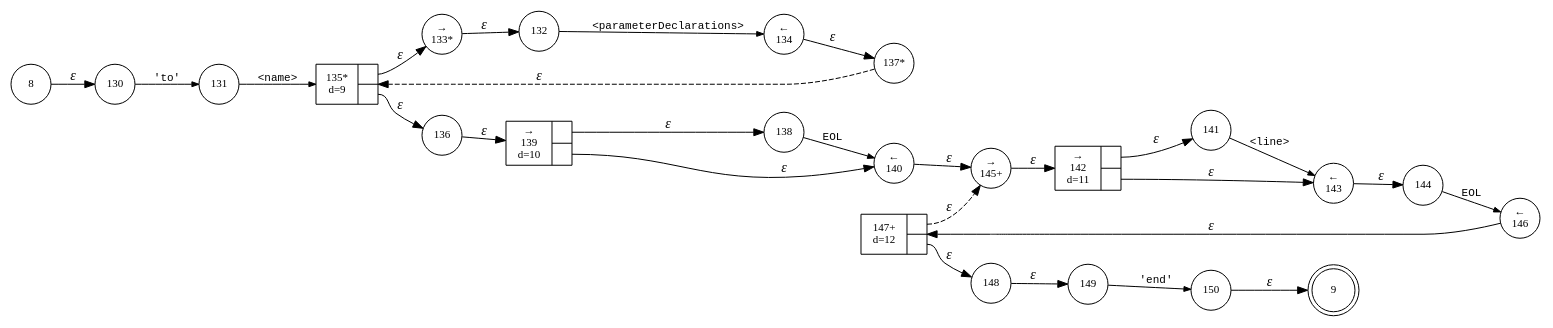
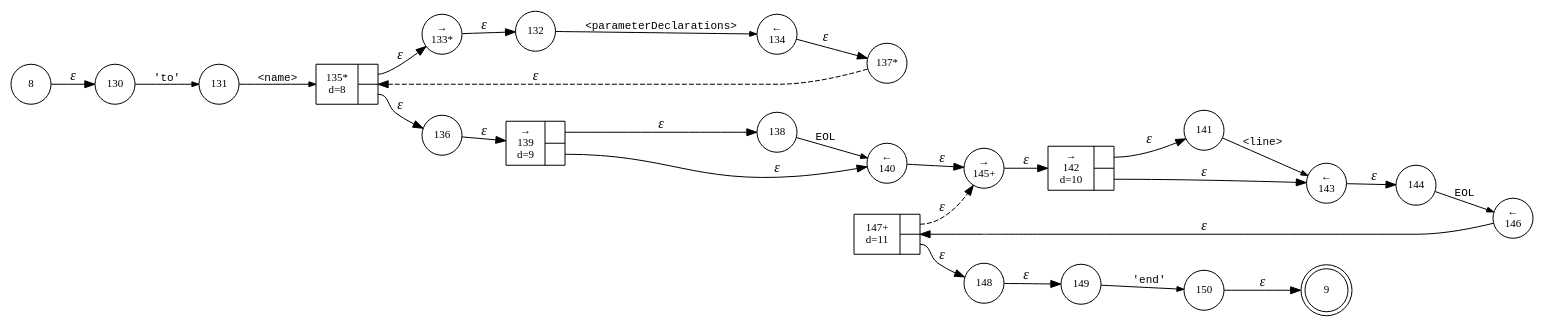
Before and after one commit to Shinigami072/Compilers-LogoInterpreter: the diagram in interpreter/logo/logo.procedureDeclaration.dot, drawn with Graphviz. The commit also changed 20 other files, not shown here.

```diff
--- a/interpreter/logo/logo.procedureDeclaration.dot
+++ b/interpreter/logo/logo.procedureDeclaration.dot
@@ -1,52 +1,52 @@
 digraph ATN {
 rankdir=LR;
 s9[fontsize=11, label="9", shape=doublecircle, fixedsize=true, width=.6];
 s130[fontsize=11,label="130", shape=circle, fixedsize=true, width=.55, peripheries=1];
 s131[fontsize=11,label="131", shape=circle, fixedsize=true, width=.55, peripheries=1];
 s132[fontsize=11,label="132", shape=circle, fixedsize=true, width=.55, peripheries=1];
 s133[fontsize=11,label="&rarr;\n133*", shape=circle, fixedsize=true, width=.55, peripheries=1];
 s134[fontsize=11,label="&larr;\n134", shape=circle, fixedsize=true, width=.55, peripheries=1];
-s135[fontsize=11,label="{135*\nd=9|{<p0>|<p1>}}", shape=record, fixedsize=false, peripheries=1];
+s135[fontsize=11,label="{135*\nd=8|{<p0>|<p1>}}", shape=record, fixedsize=false, peripheries=1];
 s8[fontsize=11,label="8", shape=circle, fixedsize=true, width=.55, peripheries=1];
 s136[fontsize=11,label="136", shape=circle, fixedsize=true, width=.55, peripheries=1];
 s137[fontsize=11,label="137*", shape=circle, fixedsize=true, width=.55, peripheries=1];
 s138[fontsize=11,label="138", shape=circle, fixedsize=true, width=.55, peripheries=1];
-s139[fontsize=11,label="{&rarr;\n139\nd=10|{<p0>|<p1>}}", shape=record, fixedsize=false, peripheries=1];
+s139[fontsize=11,label="{&rarr;\n139\nd=9|{<p0>|<p1>}}", shape=record, fixedsize=false, peripheries=1];
 s140[fontsize=11,label="&larr;\n140", shape=circle, fixedsize=true, width=.55, peripheries=1];
 s141[fontsize=11,label="141", shape=circle, fixedsize=true, width=.55, peripheries=1];
-s142[fontsize=11,label="{&rarr;\n142\nd=11|{<p0>|<p1>}}", shape=record, fixedsize=false, peripheries=1];
+s142[fontsize=11,label="{&rarr;\n142\nd=10|{<p0>|<p1>}}", shape=record, fixedsize=false, peripheries=1];
 s143[fontsize=11,label="&larr;\n143", shape=circle, fixedsize=true, width=.55, peripheries=1];
 s144[fontsize=11,label="144", shape=circle, fixedsize=true, width=.55, peripheries=1];
 s145[fontsize=11,label="&rarr;\n145+", shape=circle, fixedsize=true, width=.55, peripheries=1];
 s146[fontsize=11,label="&larr;\n146", shape=circle, fixedsize=true, width=.55, peripheries=1];
-s147[fontsize=11,label="{147+\nd=12|{<p0>|<p1>}}", shape=record, fixedsize=false, peripheries=1];
+s147[fontsize=11,label="{147+\nd=11|{<p0>|<p1>}}", shape=record, fixedsize=false, peripheries=1];
 s148[fontsize=11,label="148", shape=circle, fixedsize=true, width=.55, peripheries=1];
 s149[fontsize=11,label="149", shape=circle, fixedsize=true, width=.55, peripheries=1];
 s150[fontsize=11,label="150", shape=circle, fixedsize=true, width=.55, peripheries=1];
 s8 -> s130 [fontname="Times-Italic", label="&epsilon;"];
 s130 -> s131 [fontsize=11, fontname="Courier", arrowsize=.7, label = "'to'", arrowhead = normal];
 s131 -> s135 [fontsize=11, fontname="Courier", arrowsize=.7, label = "<name>", arrowhead = normal];
 s135:p0 -> s133 [fontname="Times-Italic", label="&epsilon;"];
 s135:p1 -> s136 [fontname="Times-Italic", label="&epsilon;"];
 s133 -> s132 [fontname="Times-Italic", label="&epsilon;"];
 s136 -> s139 [fontname="Times-Italic", label="&epsilon;"];
 s132 -> s134 [fontsize=11, fontname="Courier", arrowsize=.7, label = "<parameterDeclarations>", arrowhead = normal];
 s139:p0 -> s138 [fontname="Times-Italic", label="&epsilon;"];
 s139:p1 -> s140 [fontname="Times-Italic", label="&epsilon;"];
 s134 -> s137 [fontname="Times-Italic", label="&epsilon;"];
 s138 -> s140 [fontsize=11, fontname="Courier", arrowsize=.7, label = "EOL", arrowhead = normal];
 s140 -> s145 [fontname="Times-Italic", label="&epsilon;"];
 s137 -> s135 [fontname="Times-Italic", label="&epsilon;", style="dashed"];
 s145 -> s142 [fontname="Times-Italic", label="&epsilon;"];
 s142:p0 -> s141 [fontname="Times-Italic", label="&epsilon;"];
 s142:p1 -> s143 [fontname="Times-Italic", label="&epsilon;"];
 s141 -> s143 [fontsize=11, fontname="Courier", arrowsize=.7, label = "<line>", arrowhead = normal];
 s143 -> s144 [fontname="Times-Italic", label="&epsilon;"];
 s144 -> s146 [fontsize=11, fontname="Courier", arrowsize=.7, label = "EOL", arrowhead = normal];
 s146 -> s147 [fontname="Times-Italic", label="&epsilon;"];
 s147:p0 -> s145 [fontname="Times-Italic", label="&epsilon;", style="dashed"];
 s147:p1 -> s148 [fontname="Times-Italic", label="&epsilon;"];
 s148 -> s149 [fontname="Times-Italic", label="&epsilon;"];
 s149 -> s150 [fontsize=11, fontname="Courier", arrowsize=.7, label = "'end'", arrowhead = normal];
 s150 -> s9 [fontname="Times-Italic", label="&epsilon;"];
 }
```
